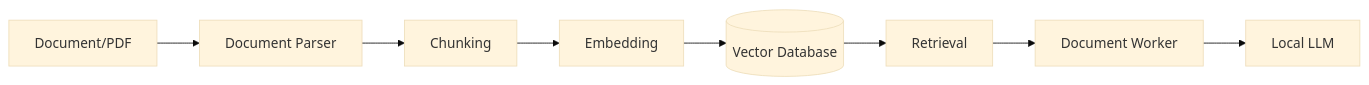
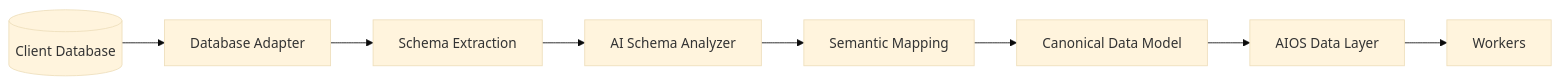
One commit to Tenshi1308/AIOSProject changed the second of 3 diagrams in docs/analisis-kebutuhan.md. Above: the diagram before and after it, drawn with Mermaid (base theme). The commit also changed other lines of this file and 59 other files, not shown here.

````diff
--- a/docs/analisis-kebutuhan.md
+++ b/docs/analisis-kebutuhan.md
@@ -270,10 +294,11 @@
 ```mermaid
 flowchart LR
-    D[Document/PDF] --> P[Document Parser]
-    P --> CH[Chunking]
-    CH --> E[Embedding]
-    E --> VS[(Vector Database)]
-    VS --> R[Retrieval]
-    R --> DW[Document Worker]
-    DW --> LLM[Local LLM]
+    CDB[(Client Database)]
+    CDB --> DA[Database Adapter]
+    DA --> SE[Schema Extraction]
+    SE --> ASA[AI Schema Analyzer]
+    ASA --> SM[Semantic Mapping]
+    SM --> CDM[Canonical Data Model]
+    CDM --> DL[AIOS Data Layer]
+    DL --> W[Workers]
 ```
````
